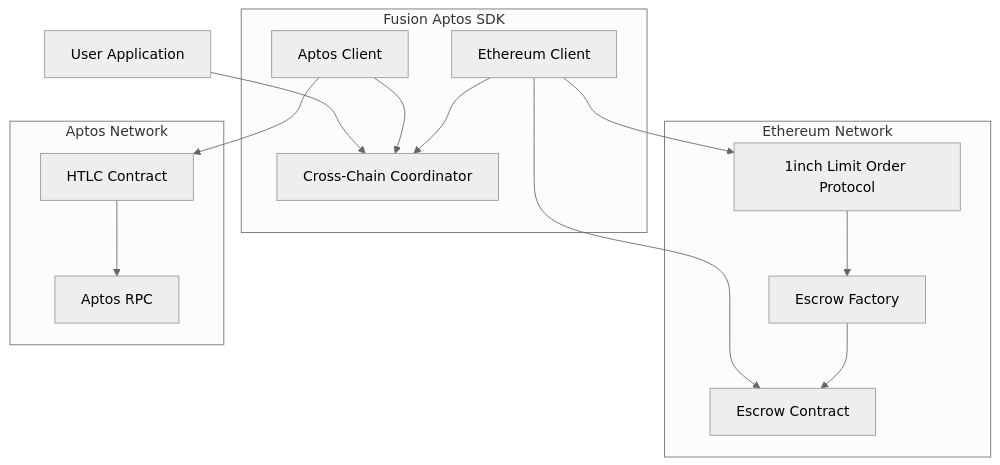
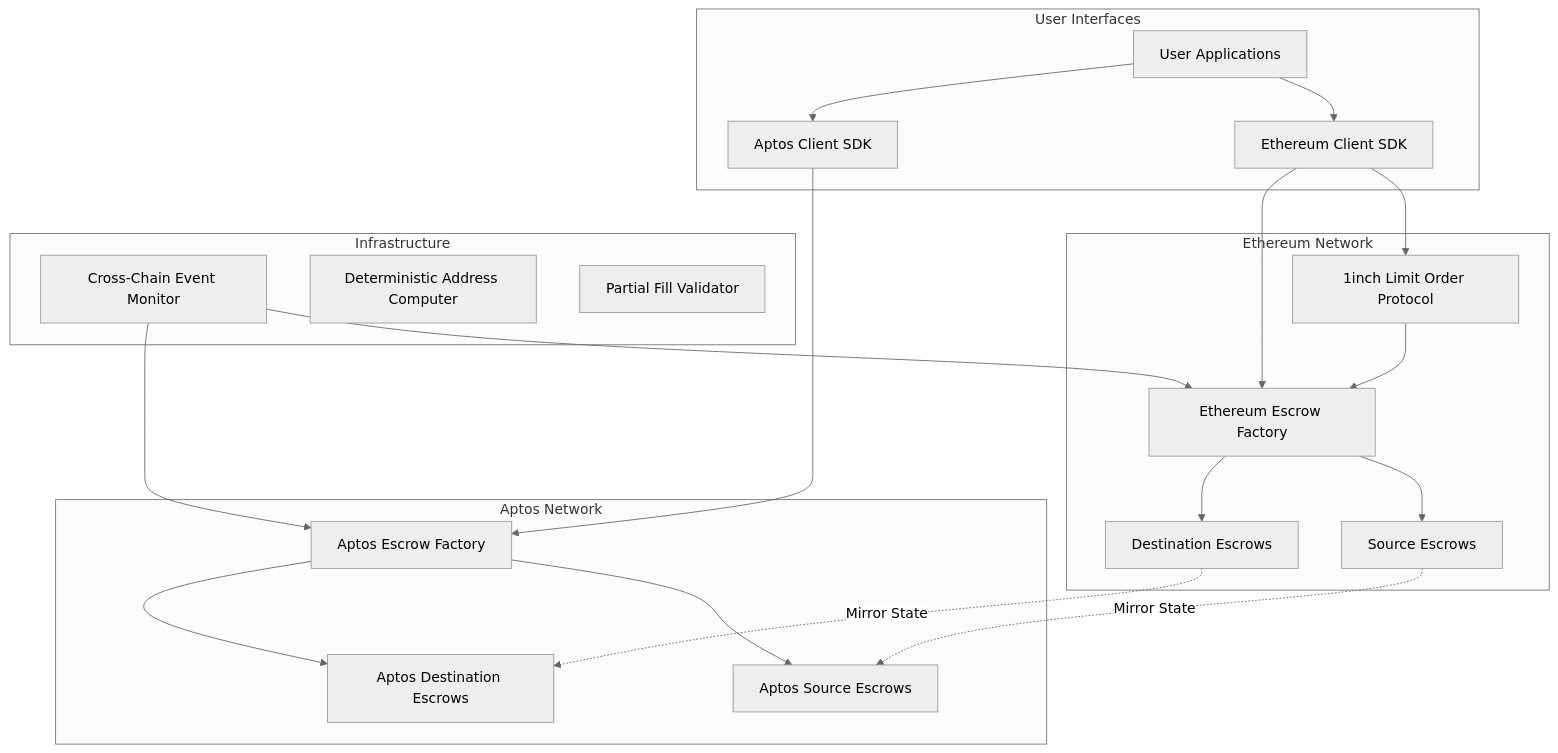
Before and after one commit to sphamjoli/aptos-evm-poc: the second of 3 diagrams in readme.md, drawn with Mermaid (neutral theme). The commit also changed other lines of this file and 6 other files, not shown here.

````diff
--- a/readme.md
+++ b/readme.md
@@ -50,33 +47,46 @@
 ```mermaid
 graph TB
     subgraph "Ethereum Network"
         LOP[1inch Limit Order Protocol]
-        EscrowFactory[Escrow Factory]
-        EscrowContract[Escrow Contract]
-        
-        LOP --> EscrowFactory
-        EscrowFactory --> EscrowContract
+        EthEscrowFactory[Ethereum Escrow Factory]
+        SrcEscrow[Source Escrows]
+        DstEscrow[Destination Escrows]
+
+        LOP --> EthEscrowFactory
+        EthEscrowFactory --> SrcEscrow
+        EthEscrowFactory --> DstEscrow
     end
-    
+
     subgraph "Aptos Network"
-        HTLCContract[HTLC Contract]
-        AptosRPC[Aptos RPC]
-        
-        HTLCContract --> AptosRPC
+        AptosEscrowFactory[Aptos Escrow Factory]
+        AptosSrcEscrow[Aptos Source Escrows]
+        AptosDstEscrow[Aptos Destination Escrows]
+
+        AptosEscrowFactory --> AptosSrcEscrow
+        AptosEscrowFactory --> AptosDstEscrow
     end
-    
-    subgraph "Fusion Aptos SDK"
-        EthClient[Ethereum Client]
-        AptosClient[Aptos Client]
-        Coordinator[Cross-Chain Coordinator]
-        
-        EthClient --> Coordinator
-        AptosClient --> Coordinator
+
+    subgraph "Infrastructure"
+        EventMonitor[Cross-Chain Event Monitor]
+        AddressComputer[Deterministic Address Computer]
+        MerkleValidator[Partial Fill Validator]
+
+        EventMonitor --> EthEscrowFactory
+        EventMonitor --> AptosEscrowFactory
     end
-    
-    EthClient --> LOP
-    EthClient --> EscrowContract
-    AptosClient --> HTLCContract
-    
-    User[User Application] --> Coordinator
+
+    subgraph "User Interfaces"
+        EthClient[Ethereum Client SDK]
+        AptosClient[Aptos Client SDK]
+        UserApp[User Applications]
+
+        EthClient --> LOP
+        EthClient --> EthEscrowFactory
+        AptosClient --> AptosEscrowFactory
+        UserApp --> EthClient
+        UserApp --> AptosClient
+    end
+
+    SrcEscrow -.->|Mirror State| AptosSrcEscrow
+    DstEscrow -.->|Mirror State| AptosDstEscrow
 ```
````
